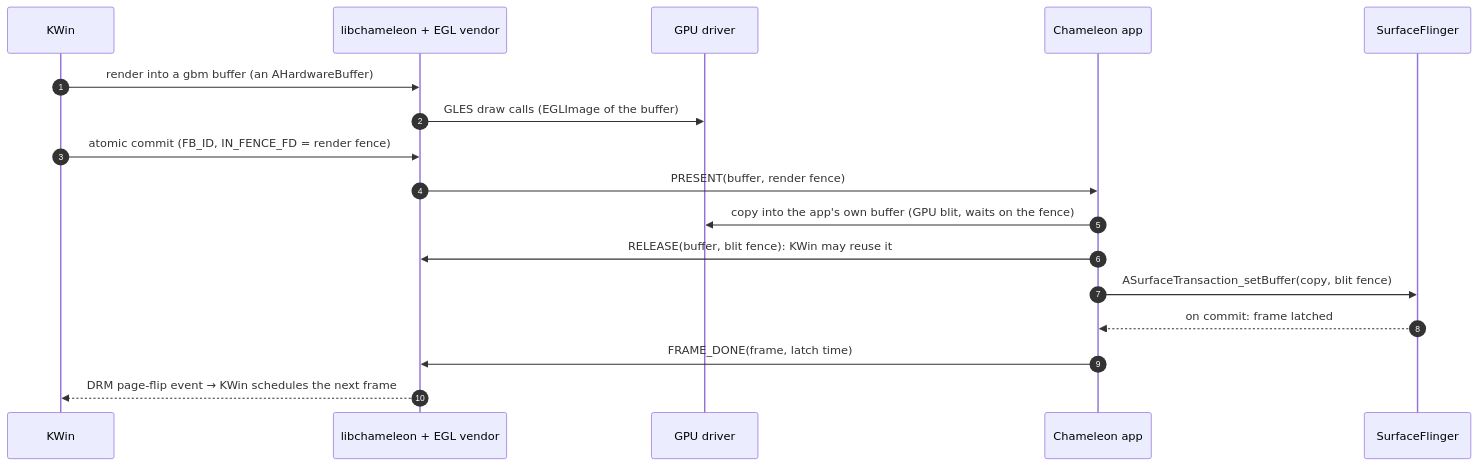
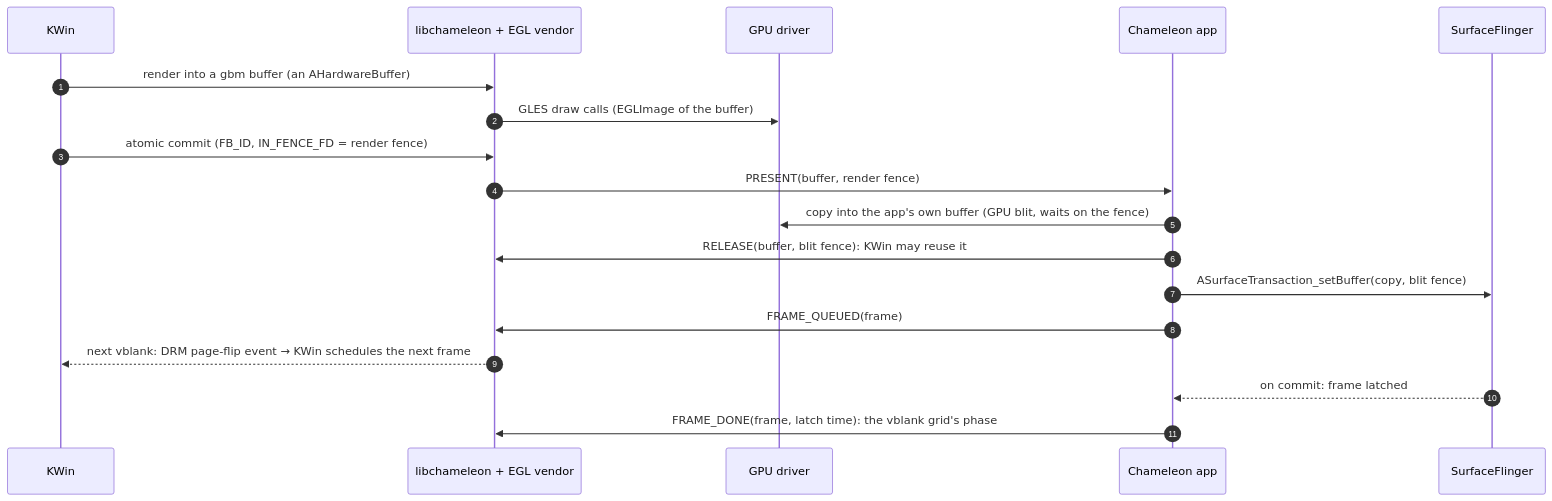
Before and after one commit to HarryL0L/Project-Chameleon: the third of 4 diagrams in README.md, drawn with Mermaid. The commit also changed other lines of this file and 4 other files, not shown here.

First line of the commit message:
Page flips on vblank ticks, like VKMS

````diff
--- a/README.md
+++ b/README.md
@@ -277,20 +283,21 @@
 ```mermaid
 sequenceDiagram
     autonumber
     participant K as KWin
     participant S as libchameleon + EGL vendor
     participant G as GPU driver
     participant A as Chameleon app
     participant F as SurfaceFlinger
 
     K->>S: render into a gbm buffer (an AHardwareBuffer)
     S->>G: GLES draw calls (EGLImage of the buffer)
     K->>S: atomic commit (FB_ID, IN_FENCE_FD = render fence)
     S->>A: PRESENT(buffer, render fence)
     A->>G: copy into the app's own buffer (GPU blit, waits on the fence)
     A->>S: RELEASE(buffer, blit fence): KWin may reuse it
     A->>F: ASurfaceTransaction_setBuffer(copy, blit fence)
+    A->>S: FRAME_QUEUED(frame)
+    S-->>K: next vblank: DRM page-flip event → KWin schedules the next frame
     F-->>A: on commit: frame latched
-    A->>S: FRAME_DONE(frame, latch time)
-    S-->>K: DRM page-flip event → KWin schedules the next frame
+    A->>S: FRAME_DONE(frame, latch time): the vblank grid's phase
 ```
````
